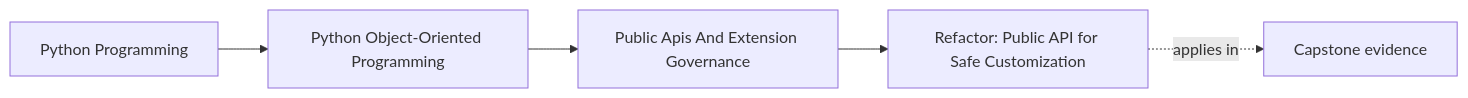
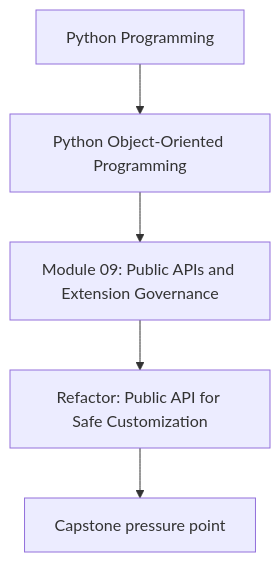
The first of 2 diagrams in programs/python-programming/python-object-oriented-programming/course-book/module-09-public-apis-and-extension-governance/refactor-public-api-for-safe-customization.md (bijux/bijux-masterclass), drawn with Mermaid before and after one commit. The commit also changed other lines of this file and 107 other files, not shown here.

Commit message:
docs(python-object-oriented-programming): align concept page diagrams

````diff
--- a/programs/python-programming/python-object-oriented-programming/course-book/module-09-public-apis-and-extension-governance/refactor-public-api-for-safe-customization.md
+++ b/programs/python-programming/python-object-oriented-programming/course-book/module-09-public-apis-and-extension-governance/refactor-public-api-for-safe-customization.md
@@ -7,11 +7,7 @@
 ```mermaid
-graph LR
-  family["Python Programming"]
-  program["Python Object-Oriented Programming"]
-  section["Public Apis And Extension Governance"]
-  page["Refactor: Public API for Safe Customization"]
-  capstone["Capstone evidence"]
-
-  family --> program --> section --> page
-  page -.applies in.-> capstone
+flowchart TD
+  family["Python Programming"] --> program["Python Object-Oriented Programming"]
+  program --> module["Module 09: Public APIs and Extension Governance"]
+  module --> concept["Refactor: Public API for Safe Customization"]
+  concept --> capstone["Capstone pressure point"]
 ```
````
